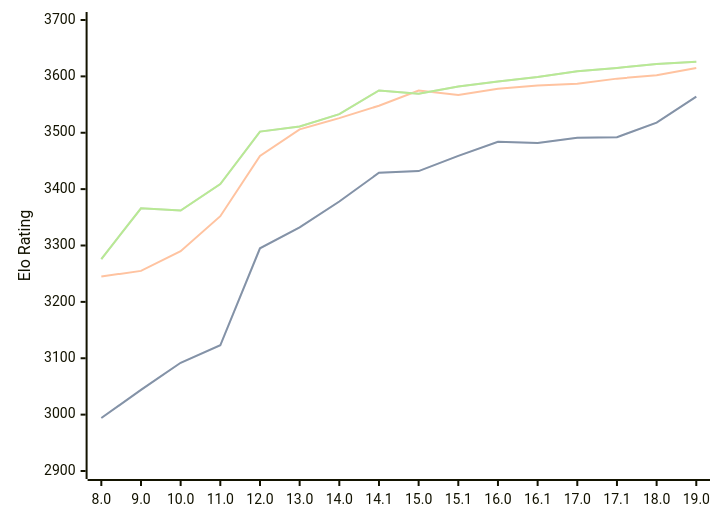
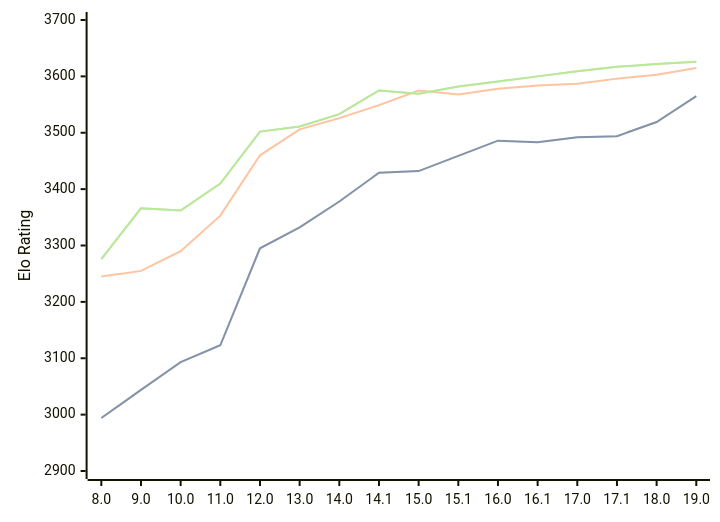
Before and after one commit to computer-chess-index/cci: the diagram in engines/Stockfish.md, drawn with Mermaid. The commit also changed other lines of this file, not shown here.

Commit message:
Update CCI Ratings (ELO VLTC) - 2026-10-02

````diff
--- a/engines/Stockfish.md
+++ b/engines/Stockfish.md
@@ -46,11 +46,11 @@
 ```mermaid
 %%{init: {"theme":"base","themeVariables":{"seriesColors:['#a3a3a3','#222221','#faa371']}}}%%
 xychart-beta
   x-axis ["8.0", "9.0", "10.0", "11.0", "12.0", "13.0", "14.0", "14.1", "15.0", "15.1", "16.0", "16.1", "17.0", "17.1", "18.0", "19.0"]
   y-axis "Elo Rating" 2900 --> 3700
-  line "" [2994, 3044, 3092, 3123, 3295, 3332, 3378, 3429, 3432, 3459, 3484, 3482, 3491, 3492, 3518, 3564]
-  line "STC (8.0+0.08s)" [2994, 3044, 3092, 3123, 3295, 3332, 3378, 3429, 3432, 3459, 3484, 3482, 3491, 3492, 3518, 3564]
-  line "LTC (60.0+0.60s)" [3245, 3255, 3290, 3352, 3459, 3506, 3526, 3548, 3575, 3567, 3578, 3584, 3587, 3596, 3602, 3615]
-  line "" [3276, 3366, 3362, 3409, 3502, 3511, 3533, 3575, 3569, 3582, 3591, 3599, 3609, 3615, 3622, 3626]
-  line "VLTC (2m24s+1.12s)" [3276, 3366, 3362, 3409, 3502, 3511, 3533, 3575, 3569, 3582, 3591, 3599, 3609, 3615, 3622, 3626]
+  line "" [2994, 3044, 3093, 3123, 3295, 3332, 3378, 3429, 3432, 3459, 3486, 3483, 3492, 3494, 3519, 3565]
+  line "STC (8.0+0.08s)" [2994, 3044, 3093, 3123, 3295, 3332, 3378, 3429, 3432, 3459, 3486, 3483, 3492, 3494, 3519, 3565]
+  line "LTC (60.0+0.60s)" [3245, 3255, 3290, 3353, 3460, 3506, 3526, 3549, 3575, 3568, 3578, 3584, 3587, 3596, 3603, 3615]
+  line "" [3276, 3366, 3362, 3410, 3502, 3511, 3533, 3575, 3569, 3582, 3591, 3600, 3609, 3617, 3622, 3626]
+  line "VLTC (2m24s+1.12s)" [3276, 3366, 3362, 3410, 3502, 3511, 3533, 3575, 3569, 3582, 3591, 3600, 3609, 3617, 3622, 3626]
 ```
````
